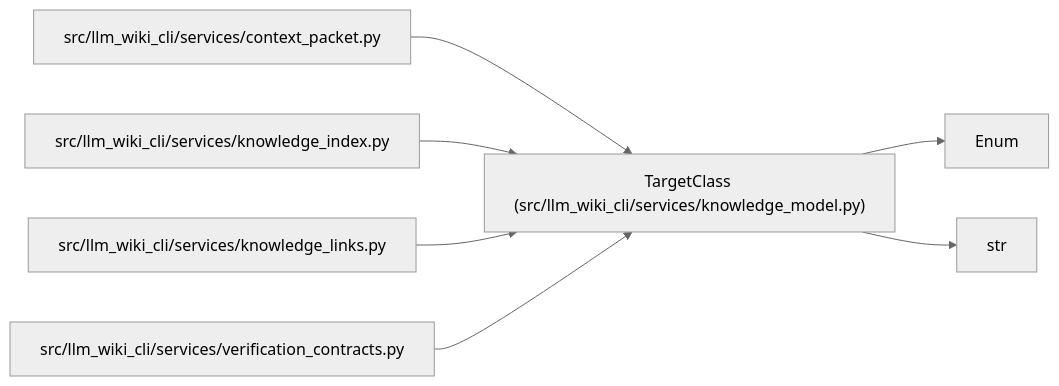
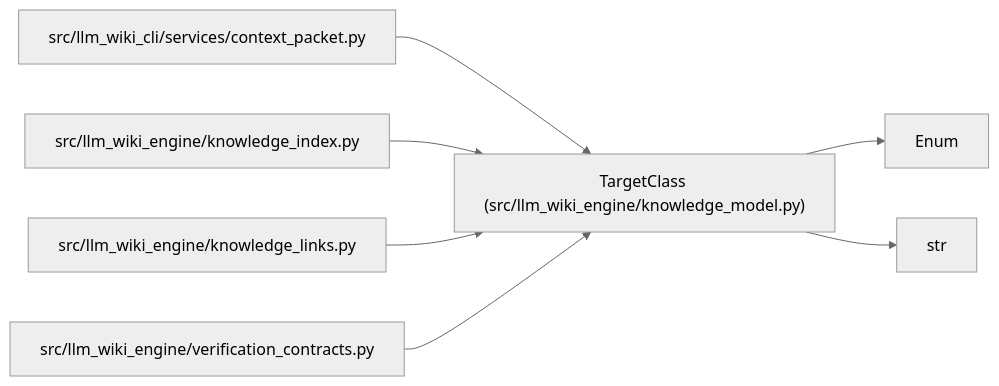
The diagram in docs/llm_wiki/entities/TargetClass.md (Denissvgn/python-wiki-llm), drawn with Mermaid (neutral theme) before and after one commit. The commit also changed other lines of this file and 1058 other files, not shown here.

First line of the commit message:
docs: refresh the wiki for the knowledge store move

````diff
--- a/docs/llm_wiki/entities/TargetClass.md
+++ b/docs/llm_wiki/entities/TargetClass.md
@@ -32,21 +32,21 @@
 ```mermaid
 flowchart LR
-    n0["TargetClass (src/llm_wiki_cli/services/knowledge_model.py)"]
+    n0["TargetClass (src/llm_wiki_engine/knowledge_model.py)"]
     n1["Enum"]
     n2["str"]
     n3["src/llm_wiki_cli/services/context_packet.py"]
-    n4["src/llm_wiki_cli/services/knowledge_index.py"]
-    n5["src/llm_wiki_cli/services/knowledge_links.py"]
-    n6["src/llm_wiki_cli/services/verification_contracts.py"]
+    n4["src/llm_wiki_engine/knowledge_index.py"]
+    n5["src/llm_wiki_engine/knowledge_links.py"]
+    n6["src/llm_wiki_engine/verification_contracts.py"]
     n0 --> n1
     n0 --> n2
     n3 --> n0
     n4 --> n0
     n5 --> n0
     n6 --> n0
     click n0 "../modules/knowledge_model.md"
     click n3 "../modules/context_packet.md"
     click n4 "../modules/knowledge_index.md"
     click n5 "../modules/knowledge_links.md"
     click n6 "../modules/verification_contracts.md"
 ```
````
